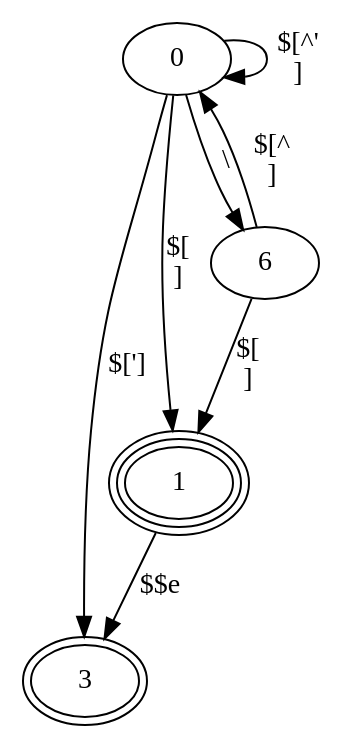
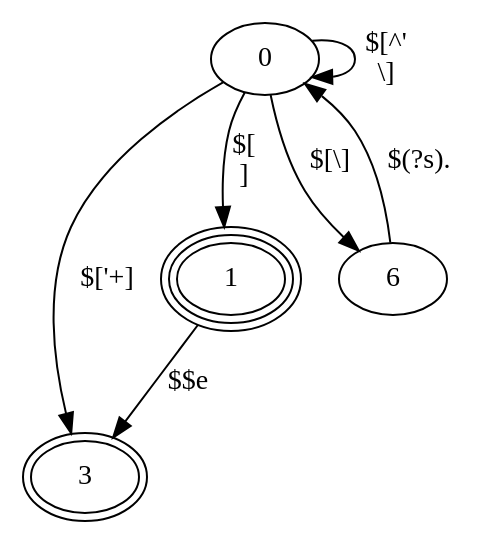
One commit to aoyako/682-Lexer changed the diagram in lua/string_constant_1.dot. Above: the diagram before and after it, drawn with Graphviz. The commit also changed 12 other files, not shown here.

Commit message:
Add tag diagrams

```diff
--- a/lua/string_constant_1.dot
+++ b/lua/string_constant_1.dot
@@ -1,13 +1,12 @@
 digraph string_constant_1 {
     3 [peripheries=2]
     1 [peripheries=3]
 
-    0 -> 3 [label="$[\']"]
-    0 -> 6 [label="\\"]
-    6 -> 0 [label="$[^\n]"]
-    0 -> 0 [label="$[^\'\n]"]
+    0 -> 3 [label="$[\'+]"]
+    0 -> 6 [label="$[\\]"]
+    6 -> 0 [label="$(?s)."]
+    0 -> 0 [label="$[^\'\n\\]"]
 
     0 -> 1 [label="$[\n]"]
-    6 -> 1 [label="$[\n]"]
     1 -> 3 [label="$$e"]
 }
```
